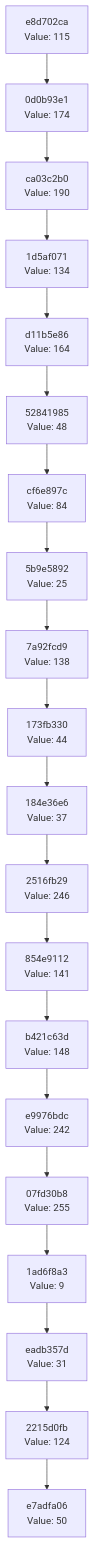
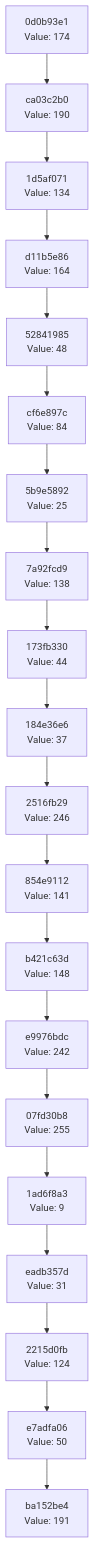
Before and after one commit to Abhisheksinha1506/hash-chain-evolver: the diagram in docs/CHAIN_VISUALIZATION.md, drawn with Mermaid. The commit also changed 2 other files, not shown here.

Commit message:
Evolution Step

````diff
--- a/docs/CHAIN_VISUALIZATION.md
+++ b/docs/CHAIN_VISUALIZATION.md
@@ -3,42 +3,42 @@
 ```mermaid
 graph TD
-    C0["e7adfa06<br/>Value: 50"]
-    C1["2215d0fb<br/>Value: 124"]
+    C0["ba152be4<br/>Value: 191"]
+    C1["e7adfa06<br/>Value: 50"]
     C1 --> C0
-    C2["eadb357d<br/>Value: 31"]
+    C2["2215d0fb<br/>Value: 124"]
     C2 --> C1
-    C3["1ad6f8a3<br/>Value: 9"]
+    C3["eadb357d<br/>Value: 31"]
     C3 --> C2
-    C4["07fd30b8<br/>Value: 255"]
+    C4["1ad6f8a3<br/>Value: 9"]
     C4 --> C3
-    C5["e9976bdc<br/>Value: 242"]
+    C5["07fd30b8<br/>Value: 255"]
     C5 --> C4
-    C6["b421c63d<br/>Value: 148"]
+    C6["e9976bdc<br/>Value: 242"]
     C6 --> C5
-    C7["854e9112<br/>Value: 141"]
+    C7["b421c63d<br/>Value: 148"]
     C7 --> C6
-    C8["2516fb29<br/>Value: 246"]
+    C8["854e9112<br/>Value: 141"]
     C8 --> C7
-    C9["184e36e6<br/>Value: 37"]
+    C9["2516fb29<br/>Value: 246"]
     C9 --> C8
-    C10["173fb330<br/>Value: 44"]
+    C10["184e36e6<br/>Value: 37"]
     C10 --> C9
-    C11["7a92fcd9<br/>Value: 138"]
+    C11["173fb330<br/>Value: 44"]
     C11 --> C10
-    C12["5b9e5892<br/>Value: 25"]
+    C12["7a92fcd9<br/>Value: 138"]
     C12 --> C11
-    C13["cf6e897c<br/>Value: 84"]
+    C13["5b9e5892<br/>Value: 25"]
     C13 --> C12
-    C14["52841985<br/>Value: 48"]
+    C14["cf6e897c<br/>Value: 84"]
     C14 --> C13
-    C15["d11b5e86<br/>Value: 164"]
+    C15["52841985<br/>Value: 48"]
     C15 --> C14
-    C16["1d5af071<br/>Value: 134"]
+    C16["d11b5e86<br/>Value: 164"]
     C16 --> C15
-    C17["ca03c2b0<br/>Value: 190"]
+    C17["1d5af071<br/>Value: 134"]
     C17 --> C16
-    C18["0d0b93e1<br/>Value: 174"]
+    C18["ca03c2b0<br/>Value: 190"]
     C18 --> C17
-    C19["e8d702ca<br/>Value: 115"]
+    C19["0d0b93e1<br/>Value: 174"]
     C19 --> C18
 ```
````
